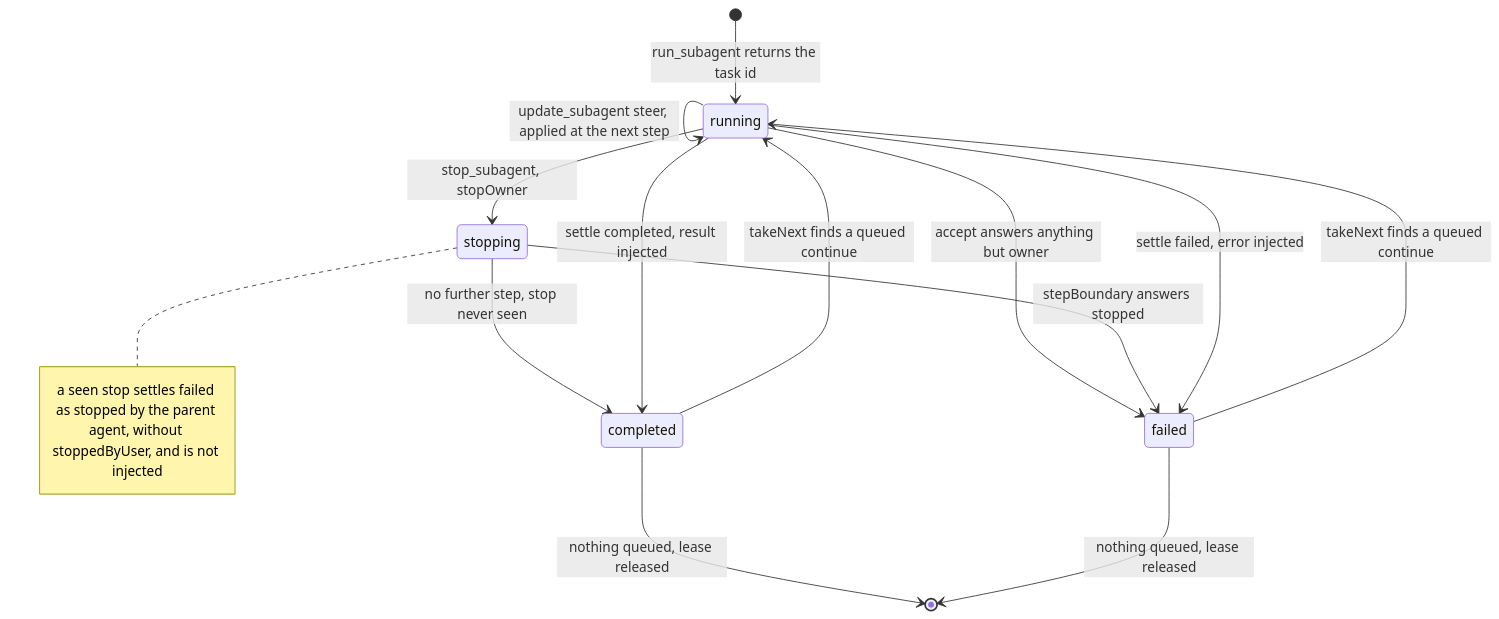
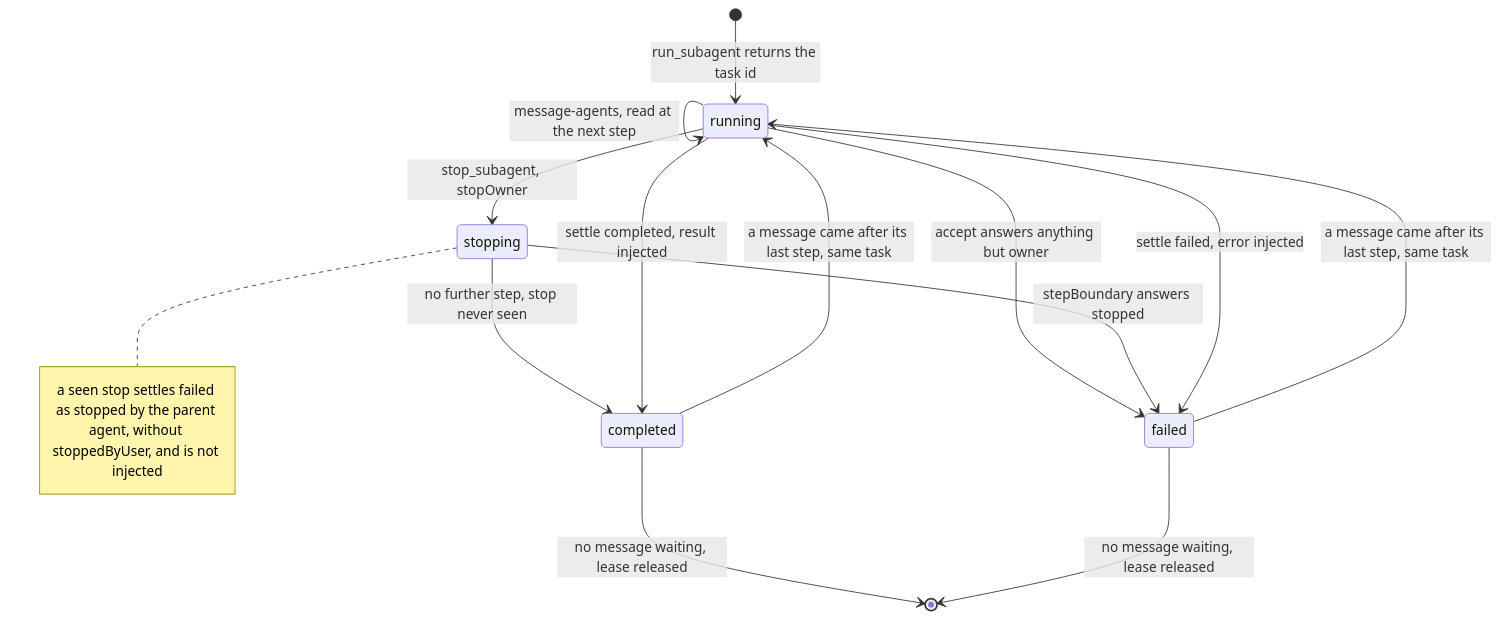
The fourth of 7 diagrams in apps/docs/docs/internals/subagents.md (beeblastco/broods), drawn with Mermaid before and after one commit. The commit also changed other lines of this file and 39 other files, not shown here.

First line of the commit message:
feat(core): add message-agents for two-way messages between a parent and its subagents (#1337)

````diff
--- a/apps/docs/docs/internals/subagents.md
+++ b/apps/docs/docs/internals/subagents.md
@@ -128,16 +128,16 @@
 ```mermaid
 stateDiagram-v2
   [*] --> running: run_subagent returns the task id
   running --> failed: accept answers anything but owner
-  running --> running: update_subagent steer, applied at the next step
+  running --> running: message-agents, read at the next step
   running --> stopping: stop_subagent, stopOwner
   stopping --> failed: stepBoundary answers stopped
   stopping --> completed: no further step, stop never seen
   running --> completed: settle completed, result injected
   running --> failed: settle failed, error injected
-  completed --> running: takeNext finds a queued continue
-  failed --> running: takeNext finds a queued continue
-  completed --> [*]: nothing queued, lease released
-  failed --> [*]: nothing queued, lease released
+  completed --> running: a message came after its last step, same task
+  failed --> running: a message came after its last step, same task
+  completed --> [*]: no message waiting, lease released
+  failed --> [*]: no message waiting, lease released
   note right of stopping: a seen stop settles failed as stopped by the parent agent, without stoppedByUser, and is not injected
 ```
````
